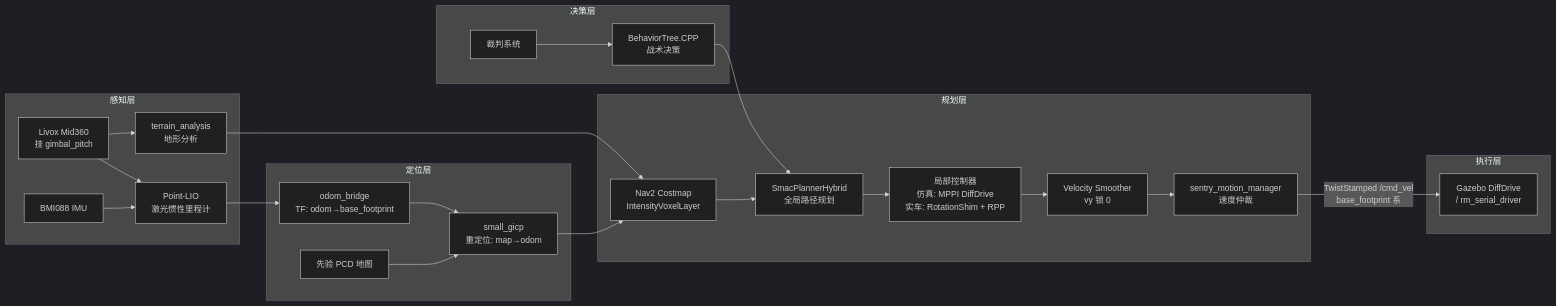
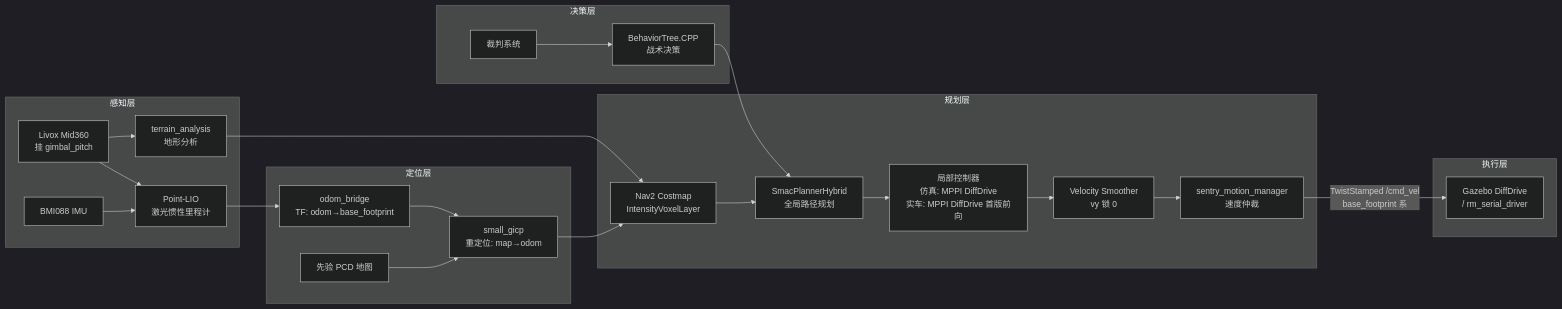
Before and after one commit to Boombroke/Sentry26: the diagram in README.md, drawn with Mermaid (dark theme). The commit also changed other lines of this file and 1 other file, not shown here.

Commit message:
docs(nav2): 更新实车 MPPI 架构说明

````diff
--- a/README.md
+++ b/README.md
@@ -12,32 +12,32 @@
 ```mermaid
 graph LR
     subgraph 感知层
         LiDAR[Livox Mid360<br/>挂 gimbal_pitch] --> PL[Point-LIO<br/>激光惯性里程计]
         IMU[BMI088 IMU] --> PL
         LiDAR --> TA[terrain_analysis<br/>地形分析]
     end
 
     subgraph 定位层
         PL --> OB[odom_bridge<br/>TF: odom→base_footprint]
         PCD[先验 PCD 地图] --> GICP[small_gicp<br/>重定位: map→odom]
         OB --> GICP
     end
 
     subgraph 规划层
         GICP --> CM[Nav2 Costmap<br/>IntensityVoxelLayer]
         TA --> CM
         CM --> GP[SmacPlannerHybrid<br/>全局路径规划]
-        GP --> LP[局部控制器<br/>仿真: MPPI DiffDrive<br/>实车: RotationShim + RPP]
+        GP --> LP[局部控制器<br/>仿真: MPPI DiffDrive<br/>实车: MPPI DiffDrive 首版前向]
         LP --> VS[Velocity Smoother<br/>vy 锁 0]
         VS --> MM[sentry_motion_manager<br/>速度仲裁]
     end
 
     subgraph 决策层
         REF[裁判系统] --> BT[BehaviorTree.CPP<br/>战术决策]
         BT --> GP
     end
 
     subgraph 执行层
         MM -->|TwistStamped /cmd_vel<br/>base_footprint 系| SER[Gazebo DiffDrive<br/>/ rm_serial_driver]
     end
 ```
````
